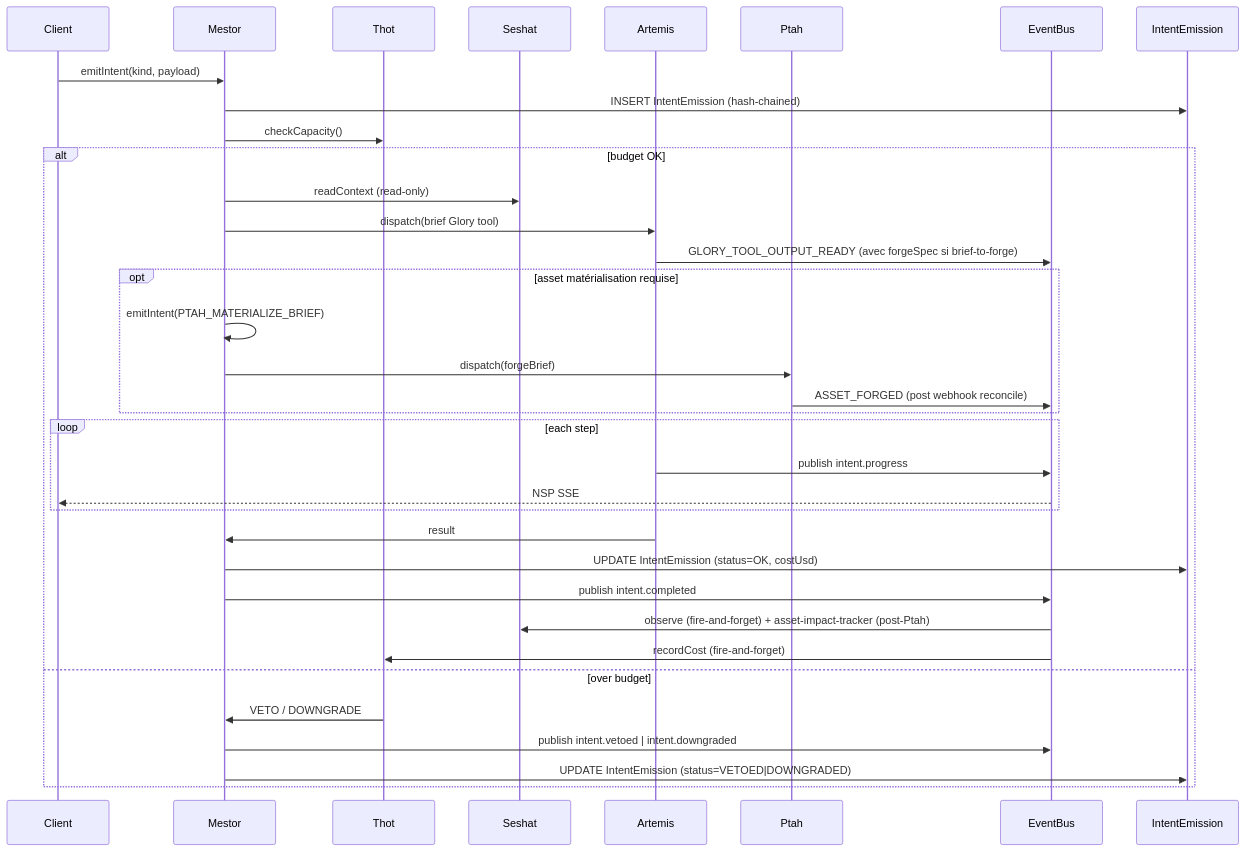
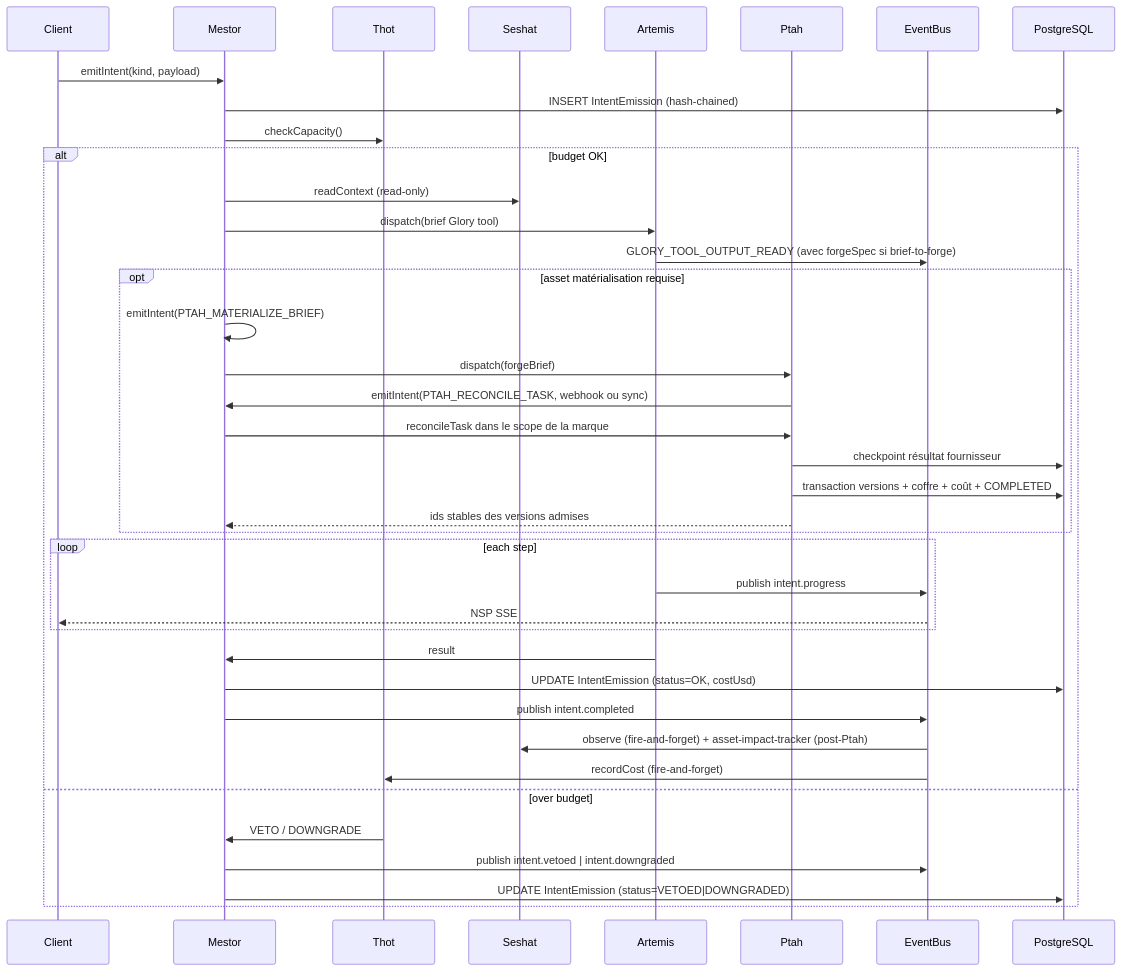
The first of 2 diagrams in docs/governance/ARCHITECTURE.md (xtincell/ADVE-project), drawn with Mermaid before and after one commit. The commit also changed other lines of this file and 20 other files, not shown here.

````diff
--- a/docs/governance/ARCHITECTURE.md
+++ b/docs/governance/ARCHITECTURE.md
@@ -24,38 +24,42 @@
 ```mermaid
 sequenceDiagram
   participant Client
   participant Mestor
   participant Thot
   participant Seshat
   participant Artemis
   participant Ptah
   participant Bus as EventBus
-  participant DB as IntentEmission
+  participant DB as PostgreSQL
 
   Client->>Mestor: emitIntent(kind, payload)
   Mestor->>DB: INSERT IntentEmission (hash-chained)
   Mestor->>Thot: checkCapacity()
   alt budget OK
     Mestor->>Seshat: readContext (read-only)
     Mestor->>Artemis: dispatch(brief Glory tool)
     Artemis->>Bus: GLORY_TOOL_OUTPUT_READY (avec forgeSpec si brief-to-forge)
     opt asset matérialisation requise
       Mestor->>Mestor: emitIntent(PTAH_MATERIALIZE_BRIEF)
       Mestor->>Ptah: dispatch(forgeBrief)
-      Ptah->>Bus: ASSET_FORGED (post webhook reconcile)
+      Ptah->>Mestor: emitIntent(PTAH_RECONCILE_TASK, webhook ou sync)
+      Mestor->>Ptah: reconcileTask dans le scope de la marque
+      Ptah->>DB: checkpoint résultat fournisseur
+      Ptah->>DB: transaction versions + coffre + coût + COMPLETED
+      Ptah-->>Mestor: ids stables des versions admises
     end
     loop each step
       Artemis->>Bus: publish intent.progress
       Bus-->>Client: NSP SSE
     end
     Artemis->>Mestor: result
     Mestor->>DB: UPDATE IntentEmission (status=OK, costUsd)
     Mestor->>Bus: publish intent.completed
     Bus->>Seshat: observe (fire-and-forget) + asset-impact-tracker (post-Ptah)
     Bus->>Thot: recordCost (fire-and-forget)
   else over budget
     Thot->>Mestor: VETO / DOWNGRADE
     Mestor->>Bus: publish intent.vetoed | intent.downgraded
     Mestor->>DB: UPDATE IntentEmission (status=VETOED|DOWNGRADED)
   end
 ```
````
